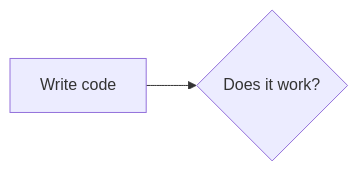
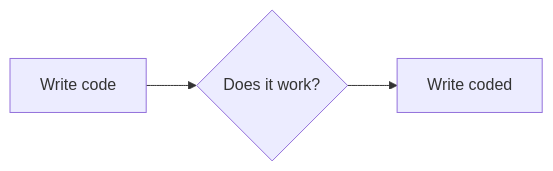
One commit to yhmoon76/yhmoon76.github.io changed the diagram in _program/ruby/rubymine.md. Above: the diagram before and after it, drawn with Mermaid. The commit also changed other lines of this file and 6 other files, not shown here.

````diff
--- a/_program/ruby/rubymine.md
+++ b/_program/ruby/rubymine.md
@@ -65,5 +73,5 @@
 ```mermaid
 graph  LR
-    A[Write code] --> B{Does it work?}
+    A[Write code] --> B{Does it work?} --> C[Write coded]
     
 ```
````
